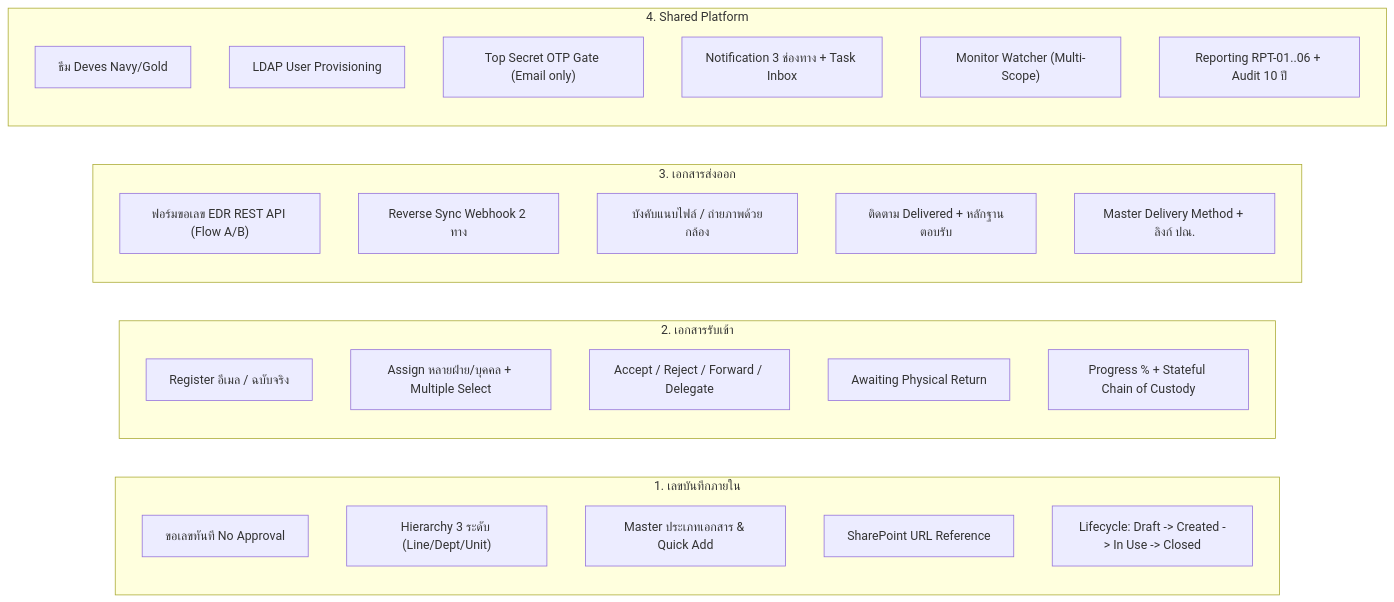
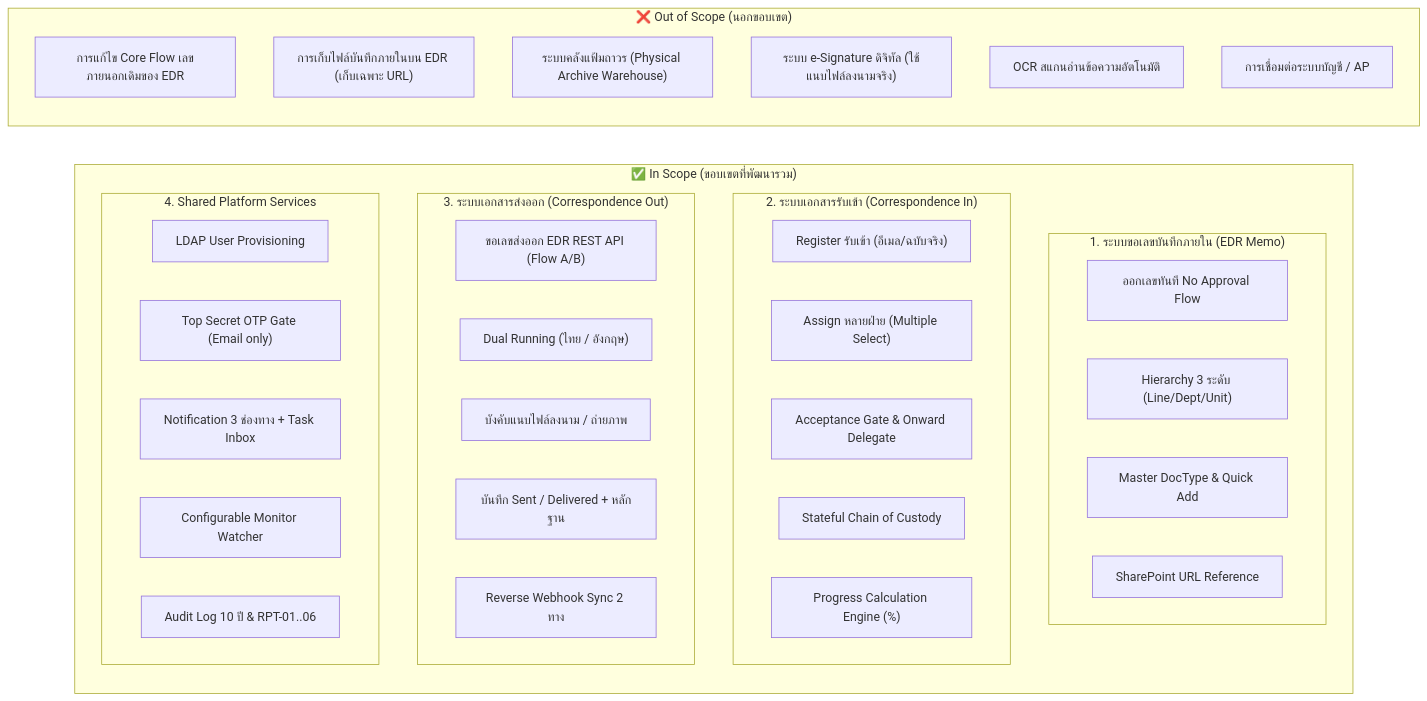
One commit to Nineteens19/DVS_Correspondence_system changed the first of 14 diagrams in P2026-DVS_Correspondence_System_Consolidated_SRS_Analysis.md. Above: the diagram before and after it, drawn with Mermaid. The commit also changed other lines of this file and 12 other files, not shown here.

Commit message:
docs: restructure consolidated SRS to strict Deves BA standard, add system columns and sequence differences

````diff
--- a/P2026-DVS_Correspondence_System_Consolidated_SRS_Analysis.md
+++ b/P2026-DVS_Correspondence_System_Consolidated_SRS_Analysis.md
@@ -163,35 +121,43 @@
 ```mermaid
 flowchart LR
-    subgraph S1["1. เลขบันทึกภายใน"]
-        M1["ขอเลขทันที No Approval"]
-        M2["Hierarchy 3 ระดับ (Line/Dept/Unit)"]
-        M3["Master ประเภทเอกสาร & Quick Add"]
-        M4["SharePoint URL Reference"]
-        M5["Lifecycle: Draft -> Created -> In Use -> Closed"]
+    subgraph IN["✅ In Scope (ขอบเขตที่พัฒนารวม)"]
+        direction TB
+        subgraph S1["1. ระบบขอเลขบันทึกภายใน (EDR Memo)"]
+            M1["ออกเลขทันที No Approval Flow"]
+            M2["Hierarchy 3 ระดับ (Line/Dept/Unit)"]
+            M3["Master DocType & Quick Add"]
+            M4["SharePoint URL Reference"]
+        end
+        subgraph S2["2. ระบบเอกสารรับเข้า (Correspondence In)"]
+            I1["Register รับเข้า (อีเมล/ฉบับจริง)"]
+            I2["Assign หลายฝ่าย (Multiple Select)"]
+            I3["Acceptance Gate & Onward Delegate"]
+            I4["Stateful Chain of Custody"]
+            I5["Progress Calculation Engine (%)"]
+        end
+        subgraph S3["3. ระบบเอกสารส่งออก (Correspondence Out)"]
+            O1["ขอเลขส่งออก EDR REST API (Flow A/B)"]
+            O2["Dual Running (ไทย / อังกฤษ)"]
+            O3["บังคับแนบไฟล์ลงนาม / ถ่ายภาพ"]
+            O4["บันทึก Sent / Delivered + หลักฐาน"]
+            O5["Reverse Webhook Sync 2 ทาง"]
+        end
+        subgraph S4["4. Shared Platform Services"]
+            P1["LDAP User Provisioning"]
+            P2["Top Secret OTP Gate (Email only)"]
+            P3["Notification 3 ช่องทาง + Task Inbox"]
+            P4["Configurable Monitor Watcher"]
+            P5["Audit Log 10 ปี & RPT-01..06"]
+        end
     end
 
-    subgraph S2["2. เอกสารรับเข้า"]
-        I1["Register อีเมล / ฉบับจริง"]
-        I2["Assign หลายฝ่าย/บุคคล + Multiple Select"]
-        I3["Accept / Reject / Forward / Delegate"]
-        I4["Awaiting Physical Return"]
-        I5["Progress % + Stateful Chain of Custody"]
-    end
-
-    subgraph S3["3. เอกสารส่งออก"]
-        O1["ฟอร์มขอเลข EDR REST API (Flow A/B)"]
-        O2["Reverse Sync Webhook 2 ทาง"]
-        O3["บังคับแนบไฟล์ / ถ่ายภาพด้วยกล้อง"]
-        O4["ติดตาม Delivered + หลักฐานตอบรับ"]
-        O5["Master Delivery Method + ลิงก์ ปณ."]
-    end
-
-    subgraph S4["4. Shared Platform"]
-        P1["ธีม Deves Navy/Gold"]
-        P2["LDAP User Provisioning"]
-        P3["Top Secret OTP Gate (Email only)"]
-        P4["Notification 3 ช่องทาง + Task Inbox"]
-        P5["Monitor Watcher (Multi-Scope)"]
-        P6["Reporting RPT-01..06 + Audit 10 ปี"]
+    subgraph OUT["❌ Out of Scope (นอกขอบเขต)"]
+        direction TB
+        X1["การแก้ไข Core Flow เลขภายนอกเดิมของ EDR"]
+        X2["การเก็บไฟล์บันทึกภายในบน EDR (เก็บเฉพาะ URL)"]
+        X3["ระบบคลังแฟ้มถาวร (Physical Archive Warehouse)"]
+        X4["ระบบ e-Signature ดิจิทัล (ใช้แนบไฟล์ลงนามจริง)"]
+        X5["OCR สแกนอ่านข้อความอัตโนมัติ"]
+        X6["การเชื่อมต่อระบบบัญชี / AP"]
     end
 ```
````
